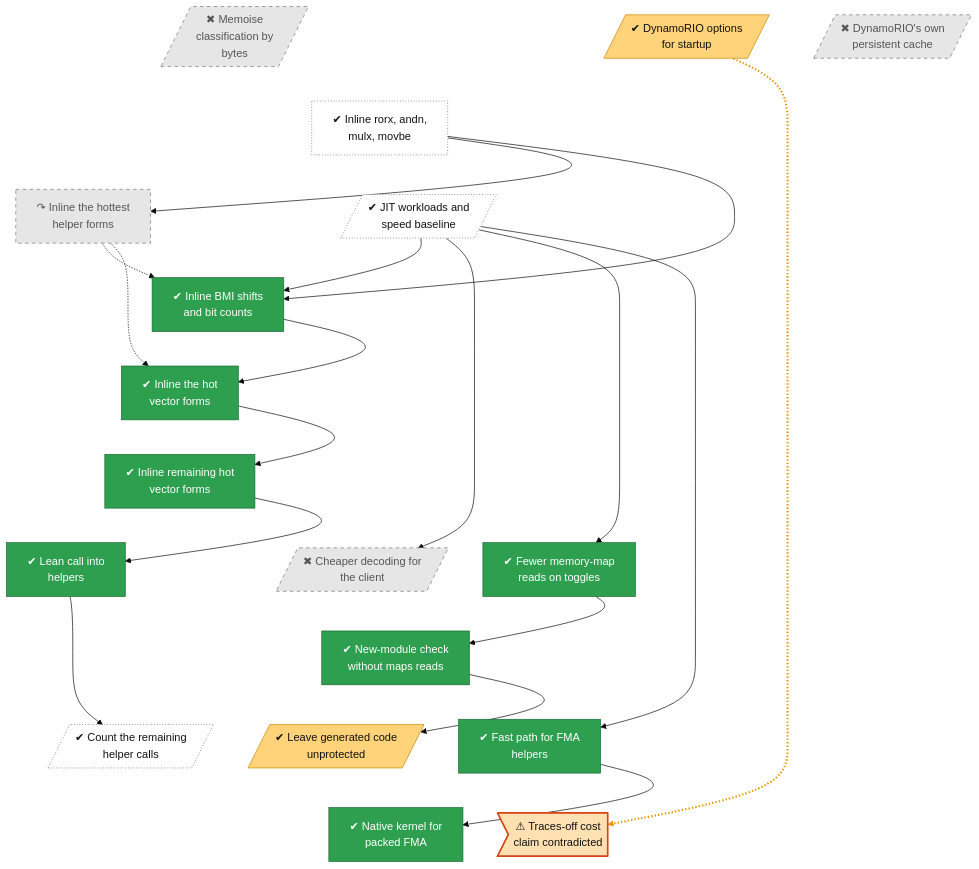
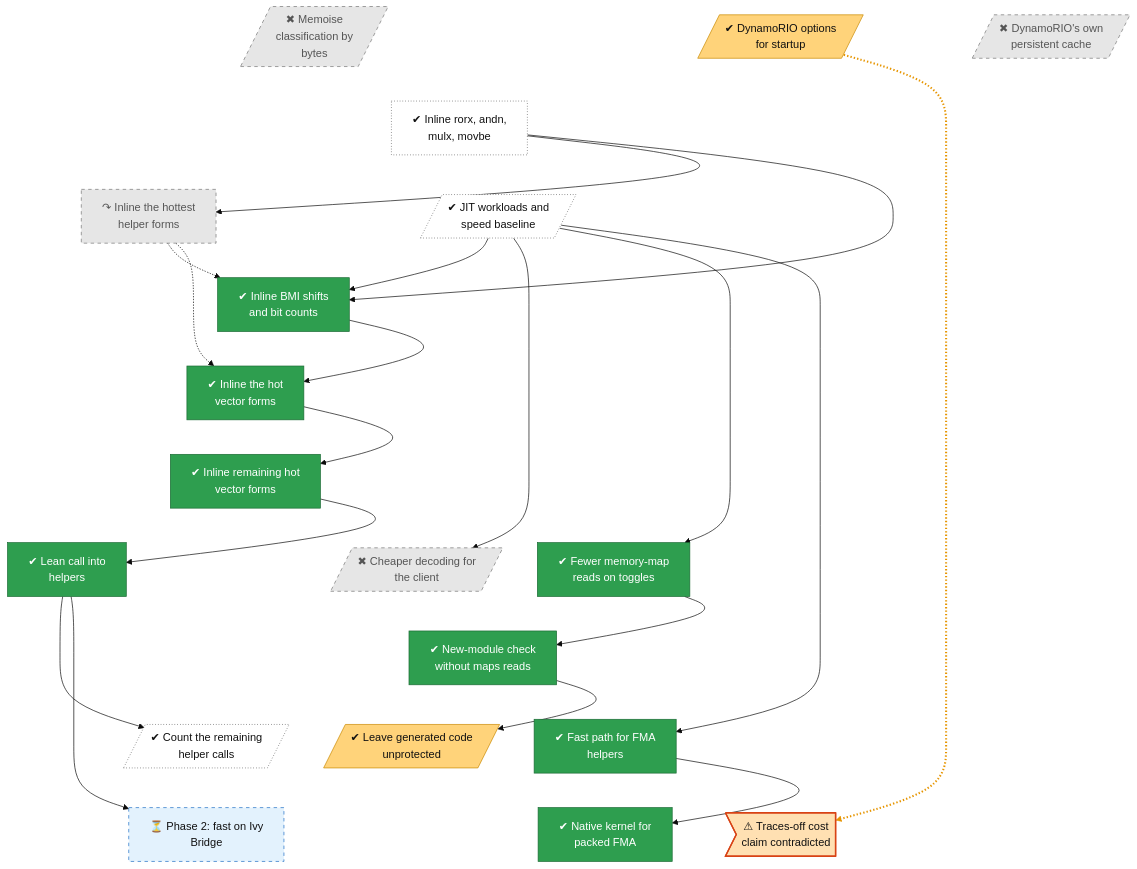
Before and after one commit to lhns/v3compat: the diagram in docs/roadmap/tracks/perf.md, drawn with Mermaid (base theme). The commit also changed other lines of this file and 10 other files, not shown here.

First line of the commit message:
Roadmap: phase gates, forward work and an overview spine

````diff
--- a/docs/roadmap/tracks/perf.md
+++ b/docs/roadmap/tracks/perf.md
@@ -10,78 +10,81 @@
 ```mermaid
 flowchart TB
     perf_startup_options[/"✔ DynamoRIO options<br/>for startup"/]
     perf_memo_classify[/"✖ Memoise<br/>classification by<br/>bytes"/]
     perf_persist[/"✖ DynamoRIO's own<br/>persistent cache"/]
     perf_inline_bmi["✔ Inline rorx, andn,<br/>mulx, movbe"]
     perf_speed_inline["↷ Inline the hottest<br/>helper forms"]
     perf_baseline[/"✔ JIT workloads and<br/>speed baseline"/]
     perf_inline_scalar["✔ Inline BMI shifts<br/>and bit counts"]
     perf_inline_vec["✔ Inline the hot<br/>vector forms"]
     perf_inline_xmm["✔ Inline remaining hot<br/>vector forms"]
     perf_lean_call["✔ Lean call into<br/>helpers"]
     perf_fast_decode[/"✖ Cheaper decoding for<br/>the client"/]
     perf_gencode_prot["✔ Fewer memory-map<br/>reads on toggles"]
     perf_procmap["✔ New-module check<br/>without maps reads"]
     perf_protect_mask[/"✔ Leave generated code<br/>unprotected"/]
     perf_fma_scalar["✔ Fast path for FMA<br/>helpers"]
     perf_helper_count[/"✔ Count the remaining<br/>helper calls"/]
     perf_fma_packed["✔ Native kernel for<br/>packed FMA"]
     perf_traces_claim>"⚠ Traces-off cost<br/>claim contradicted"]
+    perf_phase2_gate["⏳ Phase 2: fast on Ivy<br/>Bridge"]
     perf_startup_options ~~~ perf_inline_bmi
     perf_memo_classify ~~~ perf_inline_bmi
     perf_persist ~~~ perf_inline_bmi
     perf_inline_bmi ~~~ perf_speed_inline
     perf_inline_bmi ~~~ perf_baseline
     perf_speed_inline ~~~ perf_inline_scalar
     perf_baseline ~~~ perf_inline_scalar
     perf_inline_scalar ~~~ perf_inline_vec
     perf_inline_vec ~~~ perf_inline_xmm
     perf_inline_xmm ~~~ perf_lean_call
     perf_inline_xmm ~~~ perf_fast_decode
     perf_inline_xmm ~~~ perf_gencode_prot
     perf_lean_call ~~~ perf_procmap
     perf_fast_decode ~~~ perf_procmap
     perf_gencode_prot ~~~ perf_procmap
     perf_procmap ~~~ perf_protect_mask
     perf_procmap ~~~ perf_fma_scalar
     perf_procmap ~~~ perf_helper_count
     perf_protect_mask ~~~ perf_fma_packed
     perf_fma_scalar ~~~ perf_traces_claim
-    perf_helper_count ~~~ perf_traces_claim
+    perf_helper_count ~~~ perf_phase2_gate
     perf_startup_options -.-> perf_traces_claim
     perf_inline_bmi --> perf_speed_inline
     perf_speed_inline -.-> perf_inline_scalar
     perf_speed_inline -.-> perf_inline_vec
     perf_inline_bmi --> perf_inline_scalar
     perf_baseline --> perf_inline_scalar
     perf_inline_scalar --> perf_inline_vec
     perf_inline_vec --> perf_inline_xmm
     perf_inline_xmm --> perf_lean_call
     perf_baseline --> perf_fast_decode
     perf_baseline --> perf_gencode_prot
     perf_gencode_prot --> perf_procmap
     perf_procmap --> perf_protect_mask
     perf_baseline --> perf_fma_scalar
     perf_lean_call --> perf_helper_count
     perf_fma_scalar --> perf_fma_packed
+    perf_lean_call --> perf_phase2_gate
     linkStyle 21 stroke:#e69500,stroke-width:3px,stroke-dasharray:2 3
     classDef vsucc fill:#2e9e4f,stroke:#1b6b34,color:#fff
     classDef succ fill:#bfe8c8,stroke:#2e9e4f,color:#111
     classDef mixed fill:#ffd37a,stroke:#c98a00,color:#111
     classDef bad fill:#f28b82,stroke:#b3261e,color:#111
     classDef dead fill:#e6e6e6,stroke:#777,stroke-dasharray:5 5,color:#555
     classDef inprog fill:#a8cdf5,stroke:#1f6fc5,color:#111
     classDef next fill:#fff,stroke:#333,color:#111
     classDef blocked fill:#fff,stroke:#b3261e,stroke-dasharray:2 2,color:#111
     classDef parked fill:#f3f3f3,stroke:#999,color:#555
     classDef unrated fill:#fff,stroke:#333,stroke-dasharray:1 3,color:#111
     classDef gate fill:#d9c2f0,stroke:#7b3fb5,color:#111
     classDef decided fill:#ece0f7,stroke:#7b3fb5,stroke-dasharray:2 2,color:#111
     classDef finding fill:#ffe0b2,stroke:#d84315,stroke-width:2px,color:#111
     classDef waiting fill:#e3f2fd,stroke:#1f6fc5,stroke-dasharray:5 5,color:#111
     class perf_startup_options,perf_protect_mask mixed
     class perf_memo_classify,perf_persist,perf_speed_inline,perf_fast_decode dead
     class perf_inline_bmi,perf_baseline,perf_helper_count unrated
     class perf_inline_scalar,perf_inline_vec,perf_inline_xmm,perf_lean_call,perf_gencode_prot,perf_procmap,perf_fma_scalar,perf_fma_packed vsucc
     class perf_traces_claim finding
+    class perf_phase2_gate waiting
 ```
````
